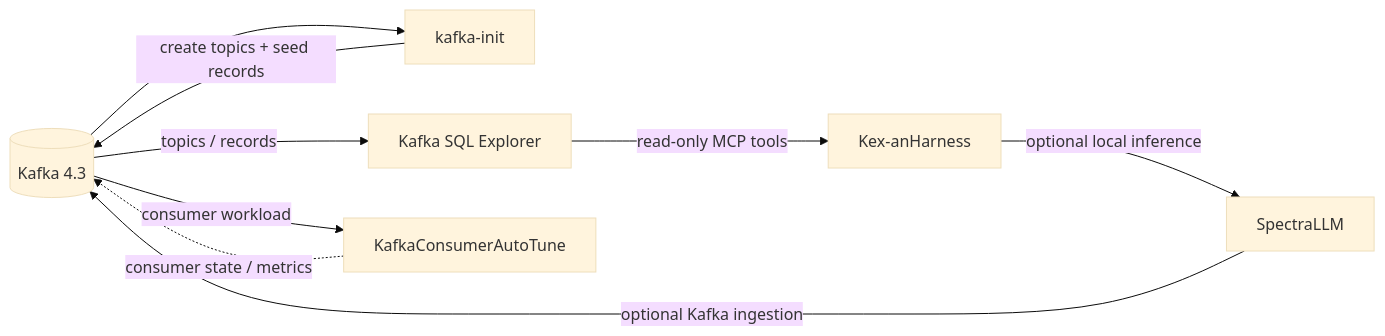
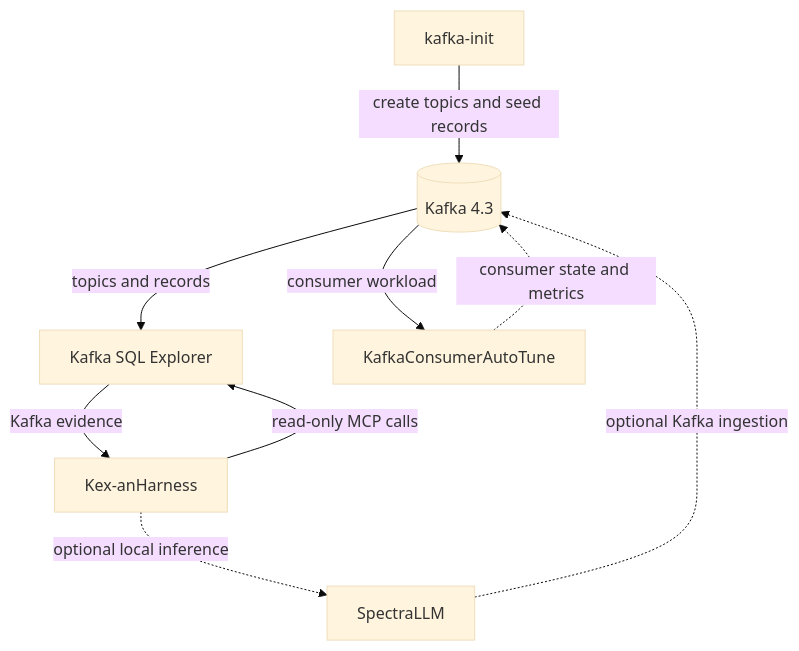
Before and after one commit to devdownin/Kex-Lab: the second of 2 diagrams in README.md, drawn with Mermaid (base theme). The commit also changed other lines of this file and 1 other file, not shown here.

Commit message:
docs: refresh How it connects diagram for Kex-anHarness

````diff
--- a/README.md
+++ b/README.md
@@ -164,11 +164,11 @@
 ```mermaid
-flowchart LR
-  K[(Kafka 4.3)] --> I[kafka-init]
-  I -->|create topics + seed records| K
-  K -->|topics / records| E[Kafka SQL Explorer]
-  K -->|consumer workload| T[KafkaConsumerAutoTune]
-  E -->|read-only MCP tools| A[Kex-anHarness]
-  A -->|optional local inference| S[SpectraLLM]
-  S -->|optional Kafka ingestion| K
-  T -. consumer state / metrics .-> K
+flowchart TD
+  I["kafka-init"] -->|create topics and seed records| K[("Kafka 4.3")]
+  K -->|topics and records| E["Kafka SQL Explorer"]
+  K -->|consumer workload| T["KafkaConsumerAutoTune"]
+  T -. consumer state and metrics .-> K
+  A["Kex-anHarness"] -->|read-only MCP calls| E
+  E -->|Kafka evidence| A
+  A -. optional local inference .-> S["SpectraLLM"]
+  S -. optional Kafka ingestion .-> K
 ```
````
